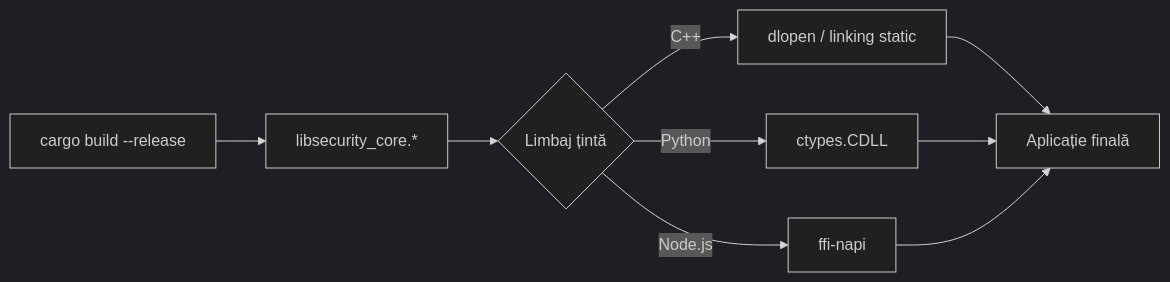
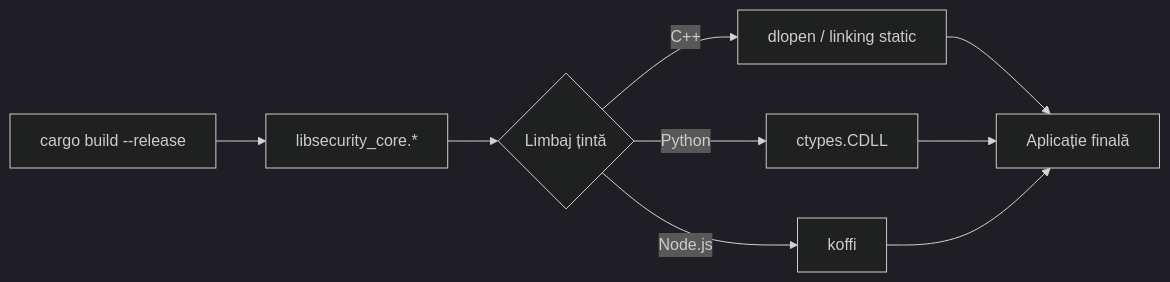
The diagram in docs/ro/Ghid-de-Integrare.md (Ciprian-LocalPulse/secure-core-ffi), drawn with Mermaid (dark theme) before and after one commit. The commit also changed other lines of this file and 30 other files, not shown here.

````diff
--- a/docs/ro/Ghid-de-Integrare.md
+++ b/docs/ro/Ghid-de-Integrare.md
@@ -81,11 +81,11 @@
 ```mermaid
 flowchart LR
     A["cargo build --release"] --> B["libsecurity_core.*"]
     B --> C{Limbaj țintă}
     C -->|C++| D["dlopen / linking static"]
     C -->|Python| E["ctypes.CDLL"]
-    C -->|Node.js| F["ffi-napi"]
+    C -->|Node.js| F["koffi"]
     D --> G["Aplicație finală"]
     E --> G
     F --> G
 ```
````
